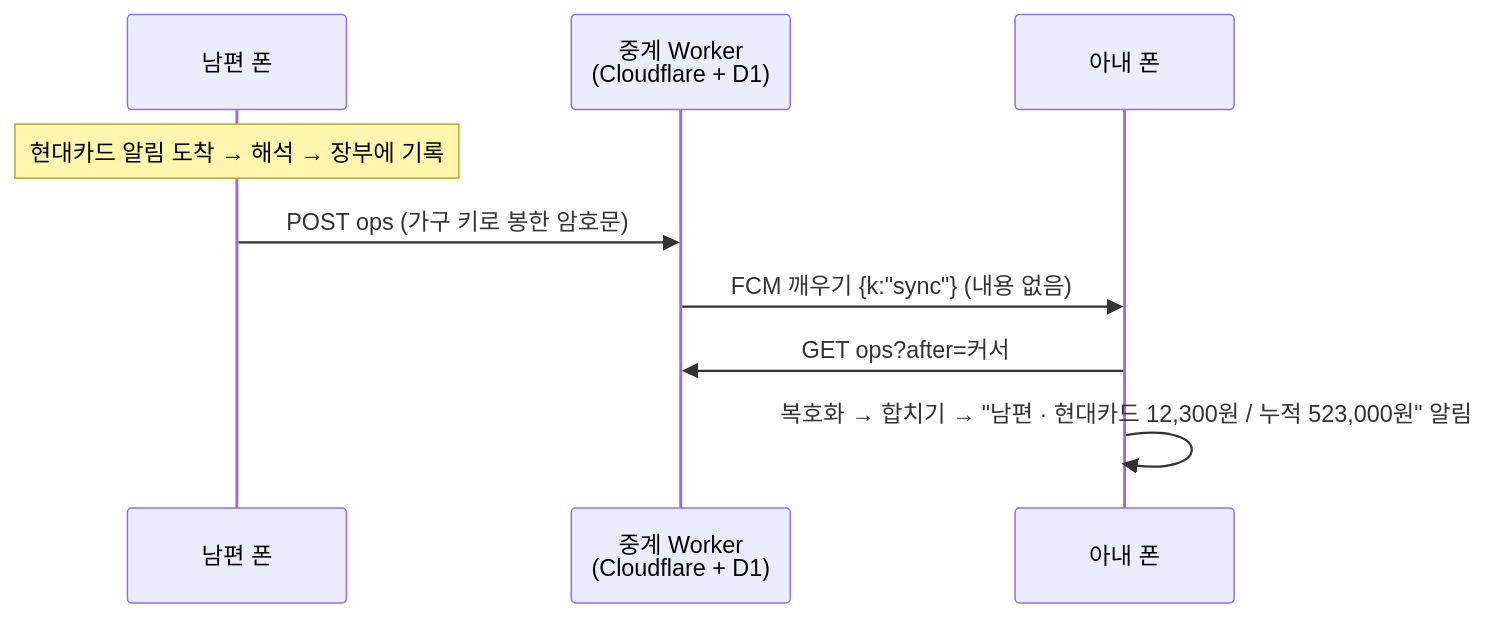
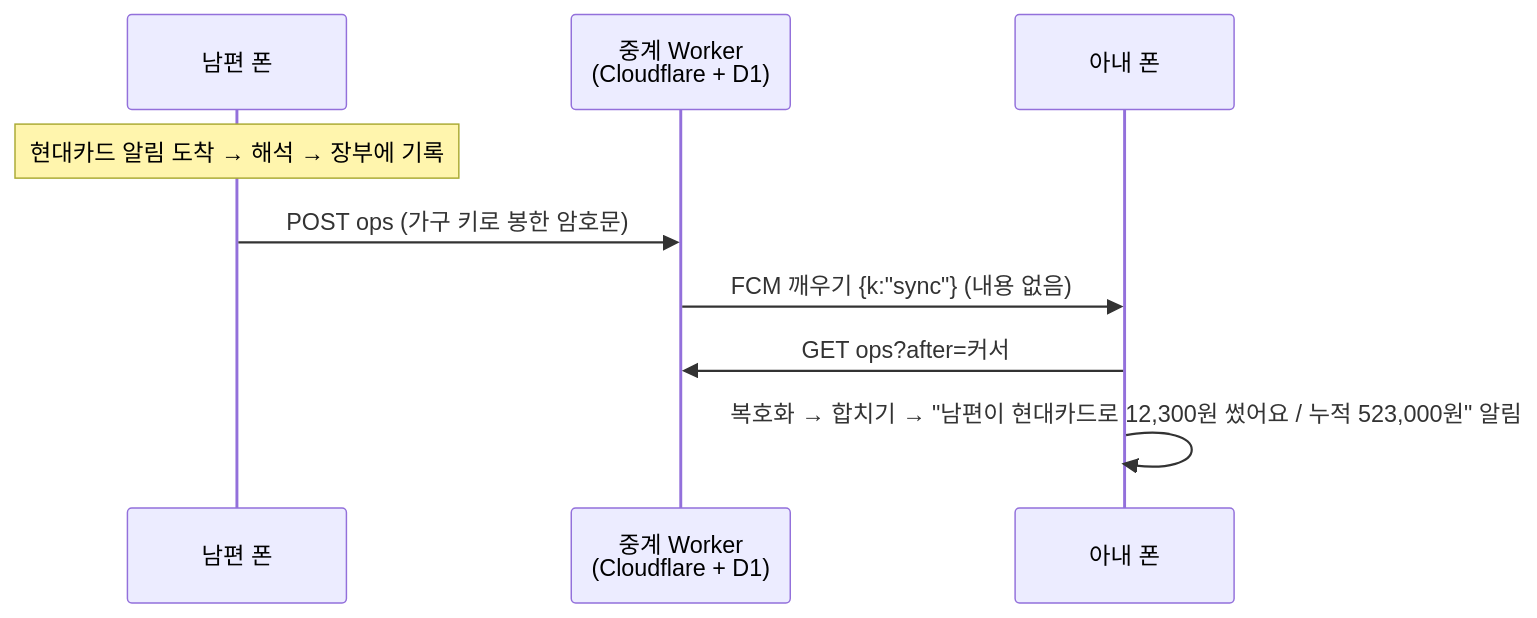
The diagram in README.md (jeiel85/doran), drawn with Mermaid before and after one commit. The commit also changed other lines of this file and 27 other files, not shown here.

````diff
--- a/README.md
+++ b/README.md
@@ -46,11 +74,11 @@
 ```mermaid
 sequenceDiagram
     participant H as 남편 폰
     participant R as 중계 Worker<br/>(Cloudflare + D1)
     participant W as 아내 폰
     Note over H: 현대카드 알림 도착 → 해석 → 장부에 기록
     H->>R: POST ops (가구 키로 봉한 암호문)
     R->>W: FCM 깨우기 {k:"sync"} (내용 없음)
     W->>R: GET ops?after=커서
-    W->>W: 복호화 → 합치기 → "남편 · 현대카드 12,300원 / 누적 523,000원" 알림
+    W->>W: 복호화 → 합치기 → "남편이 현대카드로 12,300원 썼어요 / 누적 523,000원" 알림
 ```
````
